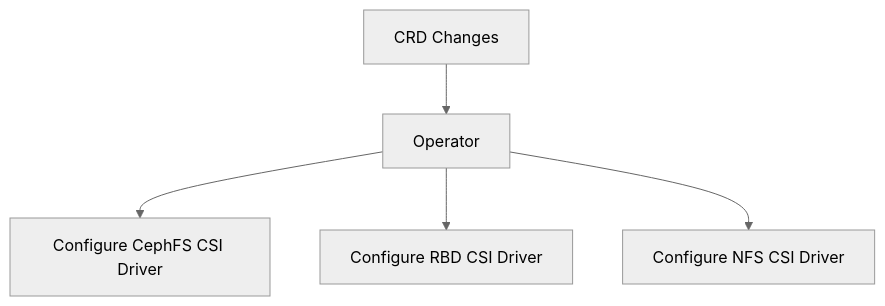
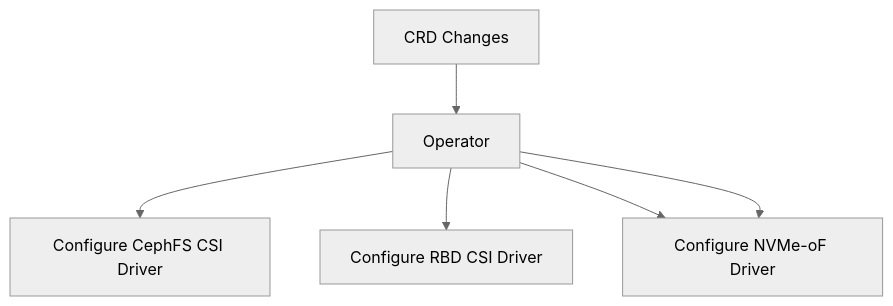
Before and after one commit to ceph/ceph-csi-operator: the diagram in docs/design/operator.md, drawn with Mermaid (neutral theme). The commit also changed other lines of this file, not shown here.

First line of the commit message:
doc: include NVMe-oF in the operator design

````diff
--- a/docs/design/operator.md
+++ b/docs/design/operator.md
@@ -46,8 +46,9 @@
 ```mermaid
 graph TD
     A[CRD Changes] --> B[Operator]
     B -->  D[Configure CephFS CSI Driver]
     B -->  E[Configure RBD CSI Driver]
     B -->  F[Configure NFS CSI Driver]
+    B -->  F[Configure NVMe-oF Driver]
 
 ```
````
